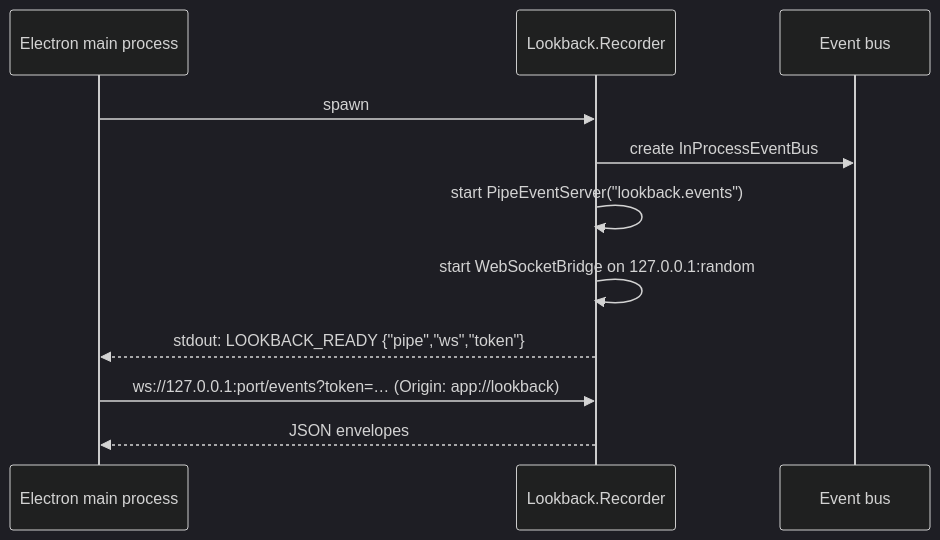
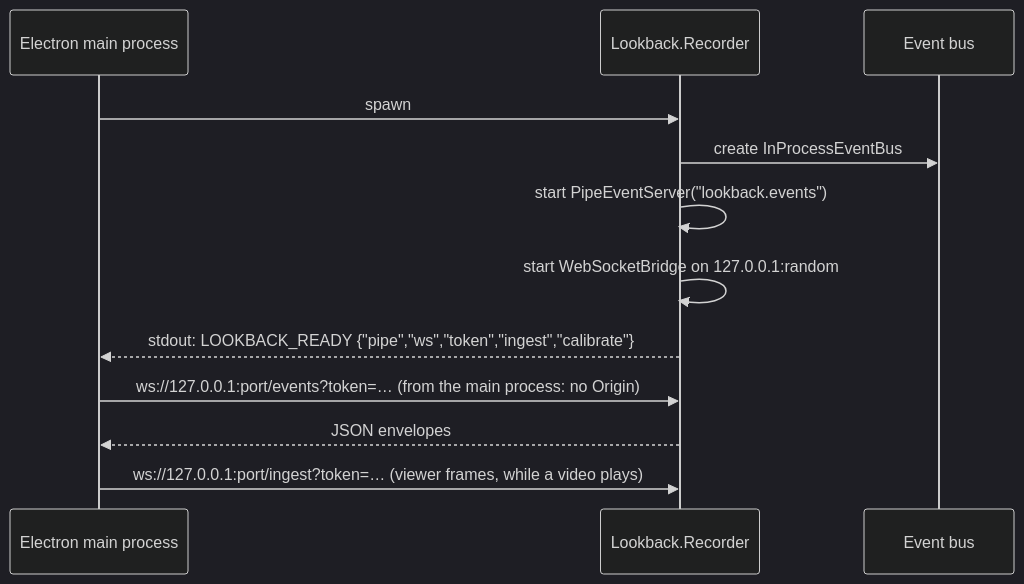
Before and after one commit to Joshmh7128/Lookback: the third of 4 diagrams in docs/wiki/Infrastructure.md, drawn with Mermaid (dark theme). The commit also changed other lines of this file and 46 other files, not shown here.

First line of the commit message:
Electron shell: library, timeline, ratings, recorder management, and the official-player viewer with its /ingest sender

````diff
--- a/docs/wiki/Infrastructure.md
+++ b/docs/wiki/Infrastructure.md
@@ -54,13 +54,14 @@
 ```mermaid
 sequenceDiagram
     participant E as Electron main process
     participant R as Lookback.Recorder
     participant B as Event bus
     E->>R: spawn
     R->>B: create InProcessEventBus
     R->>R: start PipeEventServer("lookback.events")
     R->>R: start WebSocketBridge on 127.0.0.1:random
-    R-->>E: stdout: LOOKBACK_READY {"pipe","ws","token"}
-    E->>R: ws://127.0.0.1:port/events?token=…  (Origin: app://lookback)
+    R-->>E: stdout: LOOKBACK_READY {"pipe","ws","token","ingest","calibrate"}
+    E->>R: ws://127.0.0.1:port/events?token=…  (from the main process: no Origin)
     R-->>E: JSON envelopes
+    E->>R: ws://127.0.0.1:port/ingest?token=…  (viewer frames, while a video plays)
 ```
````
